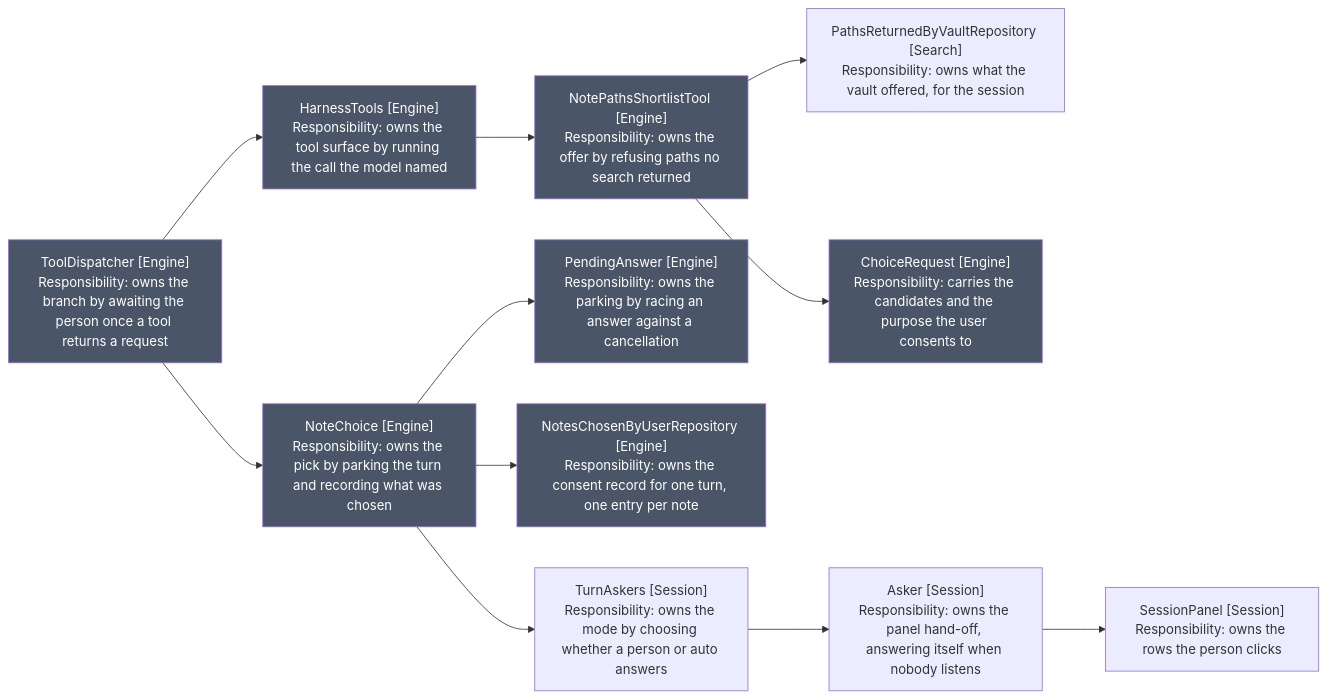
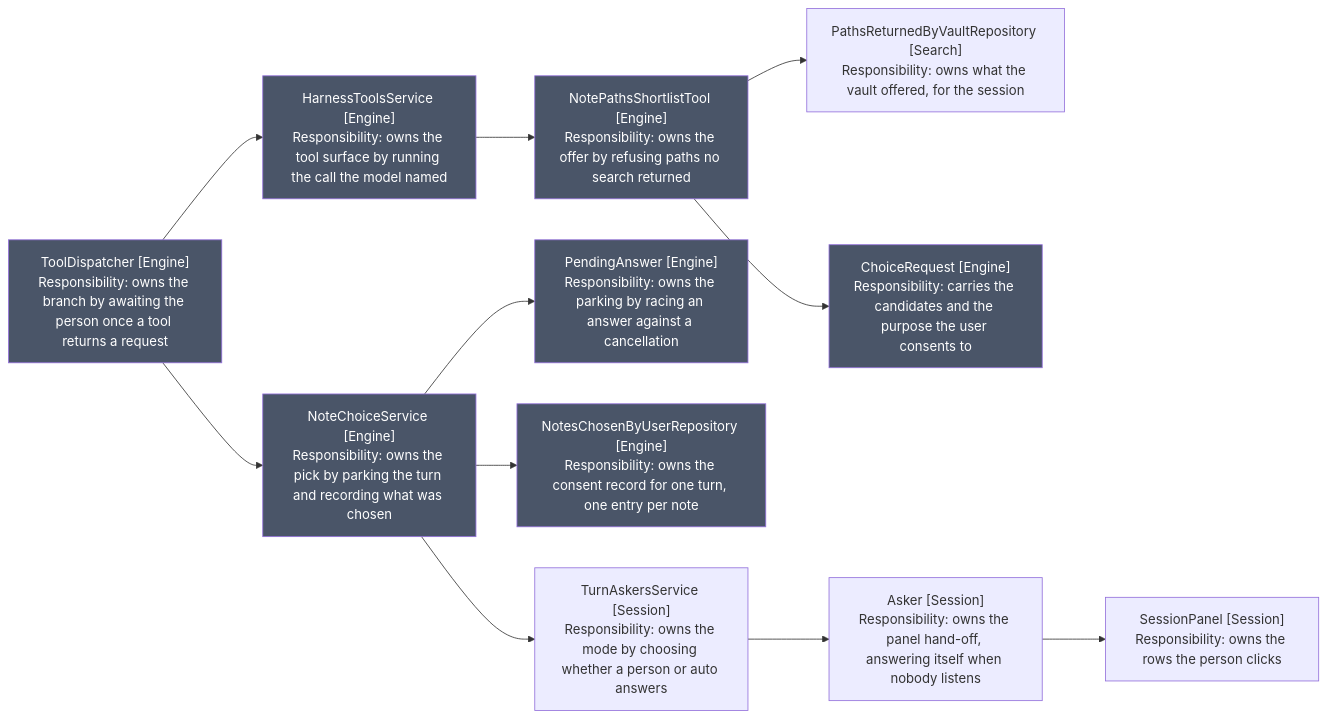
The first of 2 diagrams in docs/spec/15-architecture-cleanup/4-choice-subsystem.md (iparips/obsidian-owl), drawn with Mermaid before and after one commit. The commit also changed other lines of this file and 43 other files, not shown here.

````diff
--- a/docs/spec/15-architecture-cleanup/4-choice-subsystem.md
+++ b/docs/spec/15-architecture-cleanup/4-choice-subsystem.md
@@ -12,28 +12,28 @@
 ```mermaid
 flowchart LR
     ShortlistTool["NotePathsShortlistTool [Engine]<br/>Responsibility: owns the offer by refusing paths no search returned"]
-    HarnessTools["HarnessTools [Engine]<br/>Responsibility: owns the tool surface by running the call the model named"]
+    HarnessToolsService["HarnessToolsService [Engine]<br/>Responsibility: owns the tool surface by running the call the model named"]
     ToolDispatcher["ToolDispatcher [Engine]<br/>Responsibility: owns the branch by awaiting the person once a tool returns a request"]
-    NoteChoice["NoteChoice [Engine]<br/>Responsibility: owns the pick by parking the turn and recording what was chosen"]
+    NoteChoiceService["NoteChoiceService [Engine]<br/>Responsibility: owns the pick by parking the turn and recording what was chosen"]
     PendingAnswer["PendingAnswer [Engine]<br/>Responsibility: owns the parking by racing an answer against a cancellation"]
     NotesChosenByUserRepository["NotesChosenByUserRepository [Engine]<br/>Responsibility: owns the consent record for one turn, one entry per note"]
     ChoiceRequest["ChoiceRequest [Engine]<br/>Responsibility: carries the candidates and the purpose the user consents to"]
-    TurnAskers["TurnAskers [Session]<br/>Responsibility: owns the mode by choosing whether a person or auto answers"]
+    TurnAskersService["TurnAskersService [Session]<br/>Responsibility: owns the mode by choosing whether a person or auto answers"]
     Asker["Asker [Session]<br/>Responsibility: owns the panel hand-off, answering itself when nobody listens"]
     SessionPanel["SessionPanel [Session]<br/>Responsibility: owns the rows the person clicks"]
     PathsReturnedByVaultRepository["PathsReturnedByVaultRepository [Search]<br/>Responsibility: owns what the vault offered, for the session"]
 
     ShortlistTool --> PathsReturnedByVaultRepository
     ShortlistTool --> ChoiceRequest
-    ToolDispatcher --> HarnessTools
-    HarnessTools --> ShortlistTool
-    ToolDispatcher --> NoteChoice
-    NoteChoice --> PendingAnswer
-    NoteChoice --> NotesChosenByUserRepository
-    NoteChoice --> TurnAskers
-    TurnAskers --> Asker
+    ToolDispatcher --> HarnessToolsService
+    HarnessToolsService --> ShortlistTool
+    ToolDispatcher --> NoteChoiceService
+    NoteChoiceService --> PendingAnswer
+    NoteChoiceService --> NotesChosenByUserRepository
+    NoteChoiceService --> TurnAskersService
+    TurnAskersService --> Asker
     Asker --> SessionPanel
 
     classDef engine fill:#4a5568,color:#fff
-    class ShortlistTool,HarnessTools,ToolDispatcher,NoteChoice,PendingAnswer,NotesChosenByUserRepository,ChoiceRequest engine
+    class ShortlistTool,HarnessToolsService,ToolDispatcher,NoteChoiceService,PendingAnswer,NotesChosenByUserRepository,ChoiceRequest engine
 ```
````
